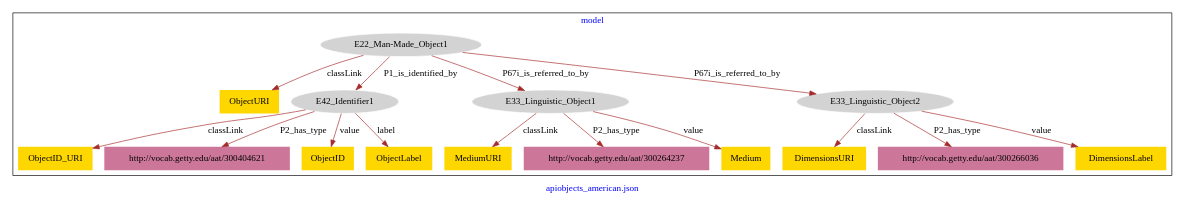
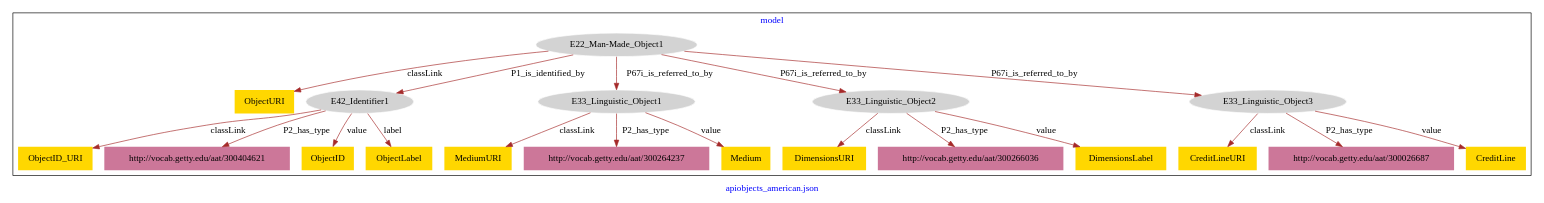
The diagram in apiobjects_american/apiobjects_american-model.dot (american-art/PUAM), drawn with Graphviz before and after one commit.

Commit message:
Update file apiobjects_american-model.dot

```diff
--- a/apiobjects_american/apiobjects_american-model.dot
+++ b/apiobjects_american/apiobjects_american-model.dot
@@ -1,37 +1,45 @@
 digraph n0 {
 fontcolor="blue"
 remincross="true"
 label="apiobjects_american.json"
 subgraph cluster {
 label="model"
 n2[style="filled",color="white",fillcolor="lightgray",label="E22_Man-Made_Object1"];
 n3[shape="plaintext",style="filled",fillcolor="gold",label="ObjectURI"];
 n4[style="filled",color="white",fillcolor="lightgray",label="E42_Identifier1"];
 n5[style="filled",color="white",fillcolor="lightgray",label="E33_Linguistic_Object1"];
 n6[style="filled",color="white",fillcolor="lightgray",label="E33_Linguistic_Object2"];
-n7[shape="plaintext",style="filled",fillcolor="gold",label="MediumURI"];
-n8[shape="plaintext",style="filled",fillcolor="#CC7799",label="http://vocab.getty.edu/aat/300264237"];
-n9[shape="plaintext",style="filled",fillcolor="gold",label="Medium"];
-n10[shape="plaintext",style="filled",fillcolor="gold",label="DimensionsURI"];
-n11[shape="plaintext",style="filled",fillcolor="#CC7799",label="http://vocab.getty.edu/aat/300266036"];
-n12[shape="plaintext",style="filled",fillcolor="gold",label="DimensionsLabel"];
-n13[shape="plaintext",style="filled",fillcolor="gold",label="ObjectID_URI"];
-n14[shape="plaintext",style="filled",fillcolor="#CC7799",label="http://vocab.getty.edu/aat/300404621"];
-n15[shape="plaintext",style="filled",fillcolor="gold",label="ObjectID"];
-n16[shape="plaintext",style="filled",fillcolor="gold",label="ObjectLabel"];
+n7[style="filled",color="white",fillcolor="lightgray",label="E33_Linguistic_Object3"];
+n8[shape="plaintext",style="filled",fillcolor="gold",label="MediumURI"];
+n9[shape="plaintext",style="filled",fillcolor="#CC7799",label="http://vocab.getty.edu/aat/300264237"];
+n10[shape="plaintext",style="filled",fillcolor="gold",label="Medium"];
+n11[shape="plaintext",style="filled",fillcolor="gold",label="DimensionsURI"];
+n12[shape="plaintext",style="filled",fillcolor="#CC7799",label="http://vocab.getty.edu/aat/300266036"];
+n13[shape="plaintext",style="filled",fillcolor="gold",label="DimensionsLabel"];
+n14[shape="plaintext",style="filled",fillcolor="gold",label="CreditLineURI"];
+n15[shape="plaintext",style="filled",fillcolor="#CC7799",label="http://vocab.getty.edu/aat/300026687"];
+n16[shape="plaintext",style="filled",fillcolor="gold",label="CreditLine"];
+n17[shape="plaintext",style="filled",fillcolor="gold",label="ObjectID_URI"];
+n18[shape="plaintext",style="filled",fillcolor="#CC7799",label="http://vocab.getty.edu/aat/300404621"];
+n19[shape="plaintext",style="filled",fillcolor="gold",label="ObjectID"];
+n20[shape="plaintext",style="filled",fillcolor="gold",label="ObjectLabel"];
 }
 n2 -> n3[color="brown",fontcolor="black",label="classLink"]
 n2 -> n4[color="brown",fontcolor="black",label="P1_is_identified_by"]
 n2 -> n5[color="brown",fontcolor="black",label="P67i_is_referred_to_by"]
 n2 -> n6[color="brown",fontcolor="black",label="P67i_is_referred_to_by"]
-n5 -> n7[color="brown",fontcolor="black",label="classLink"]
-n5 -> n8[color="brown",fontcolor="black",label="P2_has_type"]
-n5 -> n9[color="brown",fontcolor="black",label="value"]
-n6 -> n10[color="brown",fontcolor="black",label="classLink"]
-n6 -> n11[color="brown",fontcolor="black",label="P2_has_type"]
-n6 -> n12[color="brown",fontcolor="black",label="value"]
-n4 -> n13[color="brown",fontcolor="black",label="classLink"]
-n4 -> n14[color="brown",fontcolor="black",label="P2_has_type"]
-n4 -> n15[color="brown",fontcolor="black",label="value"]
-n4 -> n16[color="brown",fontcolor="black",label="label"]
+n2 -> n7[color="brown",fontcolor="black",label="P67i_is_referred_to_by"]
+n5 -> n8[color="brown",fontcolor="black",label="classLink"]
+n5 -> n9[color="brown",fontcolor="black",label="P2_has_type"]
+n5 -> n10[color="brown",fontcolor="black",label="value"]
+n6 -> n11[color="brown",fontcolor="black",label="classLink"]
+n6 -> n12[color="brown",fontcolor="black",label="P2_has_type"]
+n6 -> n13[color="brown",fontcolor="black",label="value"]
+n7 -> n14[color="brown",fontcolor="black",label="classLink"]
+n7 -> n15[color="brown",fontcolor="black",label="P2_has_type"]
+n7 -> n16[color="brown",fontcolor="black",label="value"]
+n4 -> n17[color="brown",fontcolor="black",label="classLink"]
+n4 -> n18[color="brown",fontcolor="black",label="P2_has_type"]
+n4 -> n19[color="brown",fontcolor="black",label="value"]
+n4 -> n20[color="brown",fontcolor="black",label="label"]
 }
```
